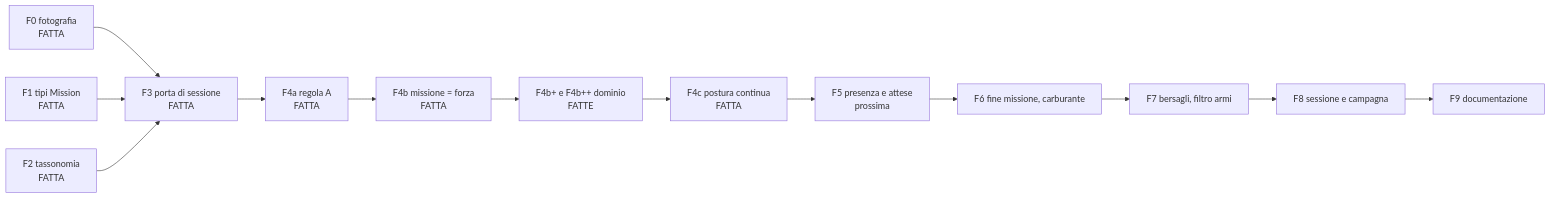
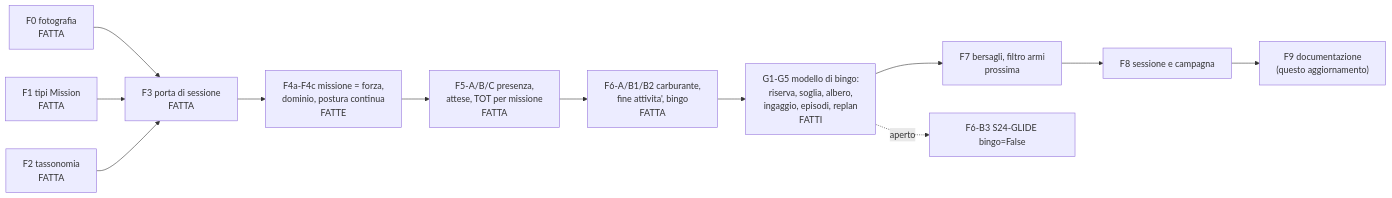
Before and after one commit to MakusIV/Warfare-Model: the diagram in Analysis/Document/Manuale_Motore_DES/10_Limiti_Estensioni_Divergenze.md, drawn with Mermaid. The commit also changed other lines of this file and 9 other files, not shown here.

Commit message:
Documentazione: manuale DES aggiornato a a784a9e7 (F5, F6, modello di bingo G1-G5)

````diff
--- a/Analysis/Document/Manuale_Motore_DES/10_Limiti_Estensioni_Divergenze.md
+++ b/Analysis/Document/Manuale_Motore_DES/10_Limiti_Estensioni_Divergenze.md
@@ -521,15 +636,14 @@
 ```mermaid
 flowchart LR
     F0["F0 fotografia<br/>FATTA"] --> F3["F3 porta di sessione<br/>FATTA"]
     F1["F1 tipi Mission<br/>FATTA"] --> F3
     F2["F2 tassonomia<br/>FATTA"] --> F3
-    F3 --> F4A["F4a regola A<br/>FATTA"]
-    F4A --> F4B["F4b missione = forza<br/>FATTA"]
-    F4B --> F4P["F4b+ e F4b++ dominio<br/>FATTE"]
-    F4P --> F4C["F4c postura continua<br/>FATTA"]
-    F4C --> F5["F5 presenza e attese<br/>prossima"]
-    F5 --> F6["F6 fine missione, carburante"]
-    F6 --> F7["F7 bersagli, filtro armi"]
+    F3 --> F4["F4a-F4c missione = forza,<br/>dominio, postura continua<br/>FATTE"]
+    F4 --> F5["F5-A/B/C presenza,<br/>attese, TOT per missione<br/>FATTA"]
+    F5 --> F6["F6-A/B1/B2 carburante,<br/>fine attivita', bingo<br/>FATTA"]
+    F6 --> G["G1-G5 modello di bingo:<br/>riserva, soglia, albero,<br/>ingaggio, episodi, replan<br/>FATTI"]
+    G --> F7["F7 bersagli, filtro armi<br/>prossima"]
     F7 --> F8["F8 sessione e campagna"]
-    F8 --> F9["F9 documentazione"]
+    F8 --> F9["F9 documentazione<br/>(questo aggiornamento)"]
+    G -.->|"aperto"| F6B3["F6-B3 S24-GLIDE bingo=False"]
 ```
````
